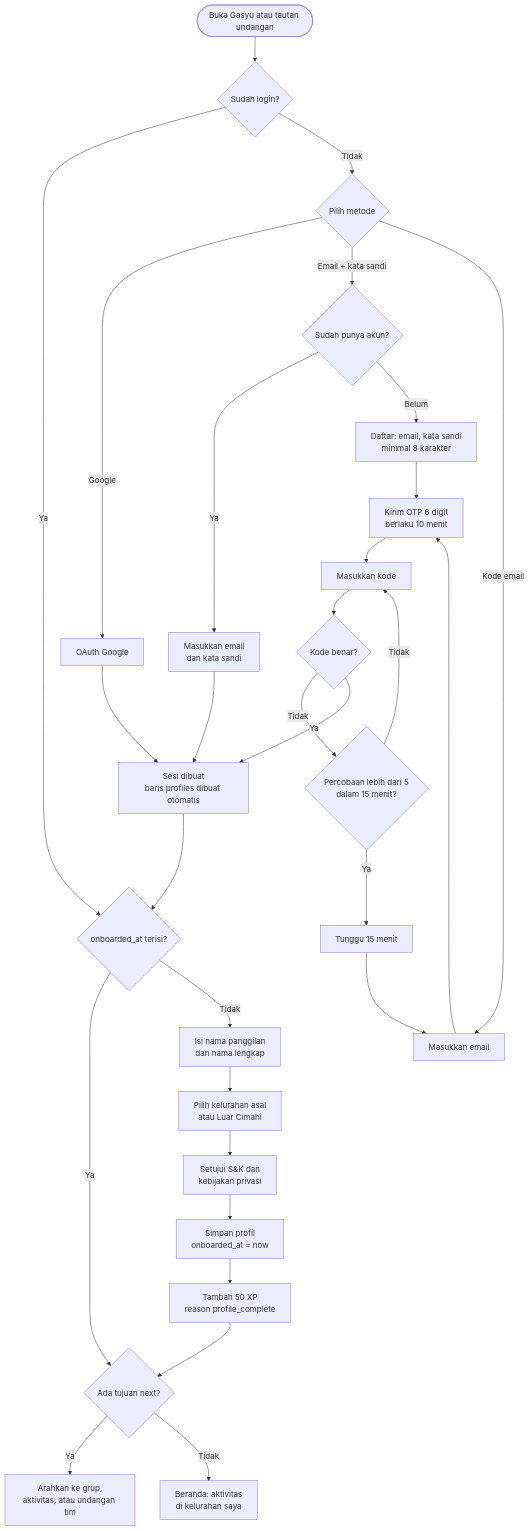
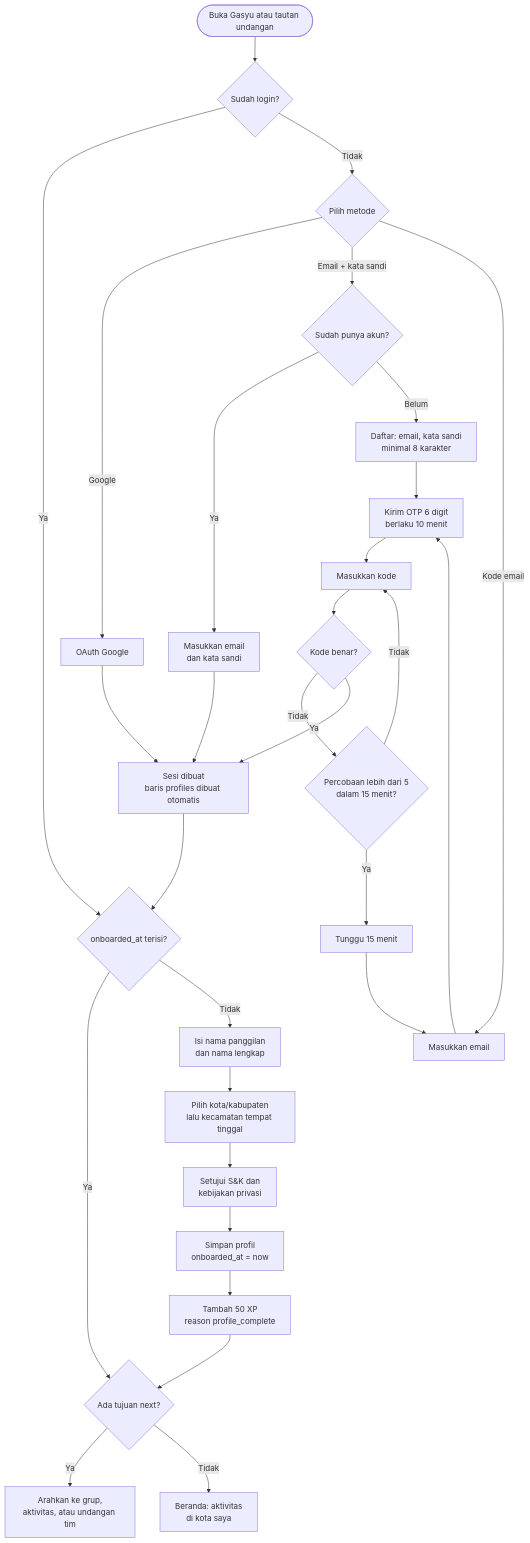
One commit to mirwanma/gasyu changed the third of 30 diagrams in docs/ALUR-SISTEM.md. Above: the diagram before and after it, drawn with Mermaid. The commit also changed other lines of this file and 3 other files, not shown here.

````diff
--- a/docs/ALUR-SISTEM.md
+++ b/docs/ALUR-SISTEM.md
@@ -183,29 +184,29 @@
 ```mermaid
 flowchart TD
     S([Buka Gasyu atau tautan undangan]) --> L{Sudah login?}
     L -- Ya --> O
     L -- Tidak --> M{Pilih metode}
     M -->|Google| G[OAuth Google]
     M -->|Email + kata sandi| PW{Sudah punya akun?}
     PW -- Ya --> PL[Masukkan email<br/>dan kata sandi] --> SES
     PW -- Belum --> SU[Daftar: email, kata sandi<br/>minimal 8 karakter] --> OT
     M -->|Kode email| E[Masukkan email]
     E --> OT[Kirim OTP 6 digit<br/>berlaku 10 menit]
     OT --> IN[Masukkan kode]
     IN --> V{Kode benar?}
     V -- Tidak --> R{Percobaan lebih dari 5<br/>dalam 15 menit?}
     R -- Ya --> BL[Tunggu 15 menit] --> E
     R -- Tidak --> IN
     V -- Ya --> SES
     G --> SES[Sesi dibuat<br/>baris profiles dibuat otomatis]
     SES --> O{onboarded_at terisi?}
     O -- Ya --> NX
     O -- Tidak --> F1[Isi nama panggilan<br/>dan nama lengkap]
-    F1 --> F2[Pilih kelurahan asal<br/>atau Luar Cimahi]
+    F1 --> F2[Pilih kota/kabupaten<br/>lalu kecamatan tempat tinggal]
     F2 --> F3[Setujui S&K dan<br/>kebijakan privasi]
     F3 --> F4[Simpan profil<br/>onboarded_at = now]
     F4 --> XP[Tambah 50 XP<br/>reason profile_complete]
     XP --> NX{Ada tujuan next?}
     NX -- Ya --> T[Arahkan ke grup,<br/>aktivitas, atau undangan tim]
-    NX -- Tidak --> H[Beranda: aktivitas<br/>di kelurahan saya]
+    NX -- Tidak --> H[Beranda: aktivitas<br/>di kota saya]
 ```
````
